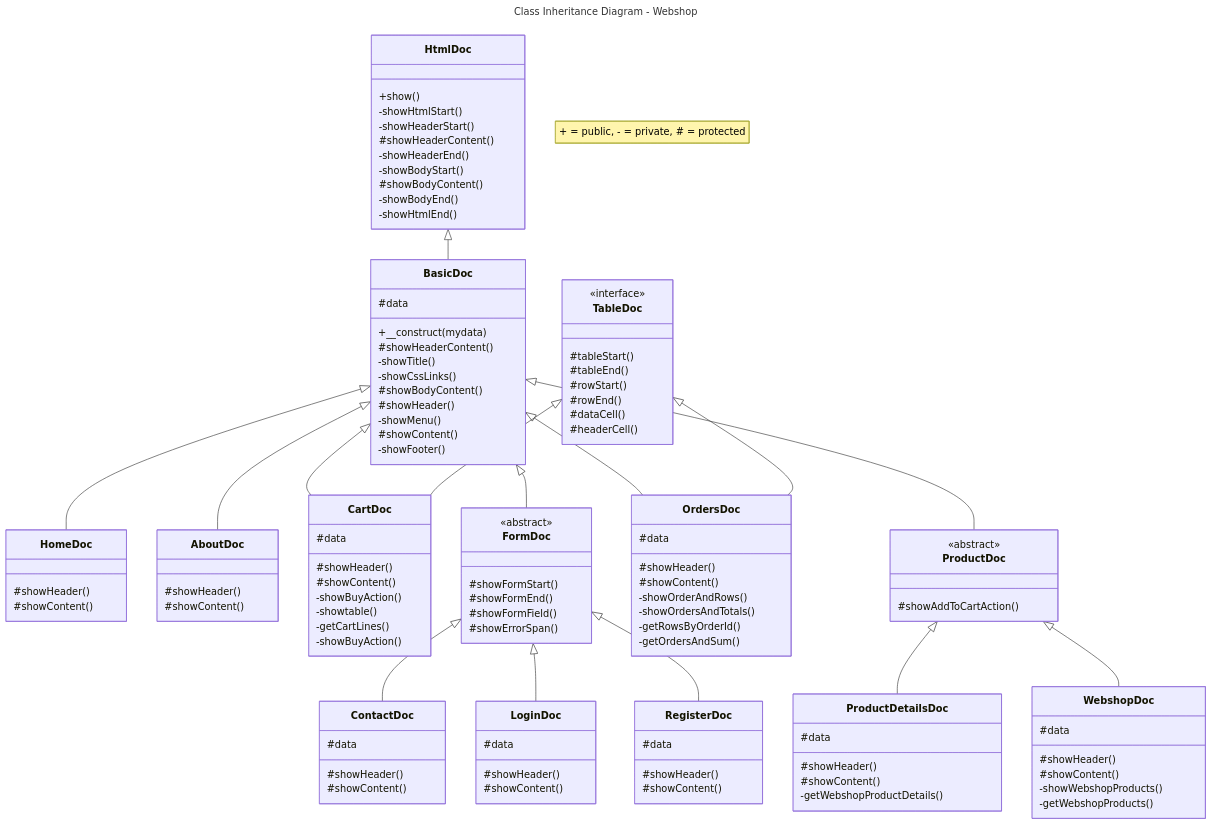
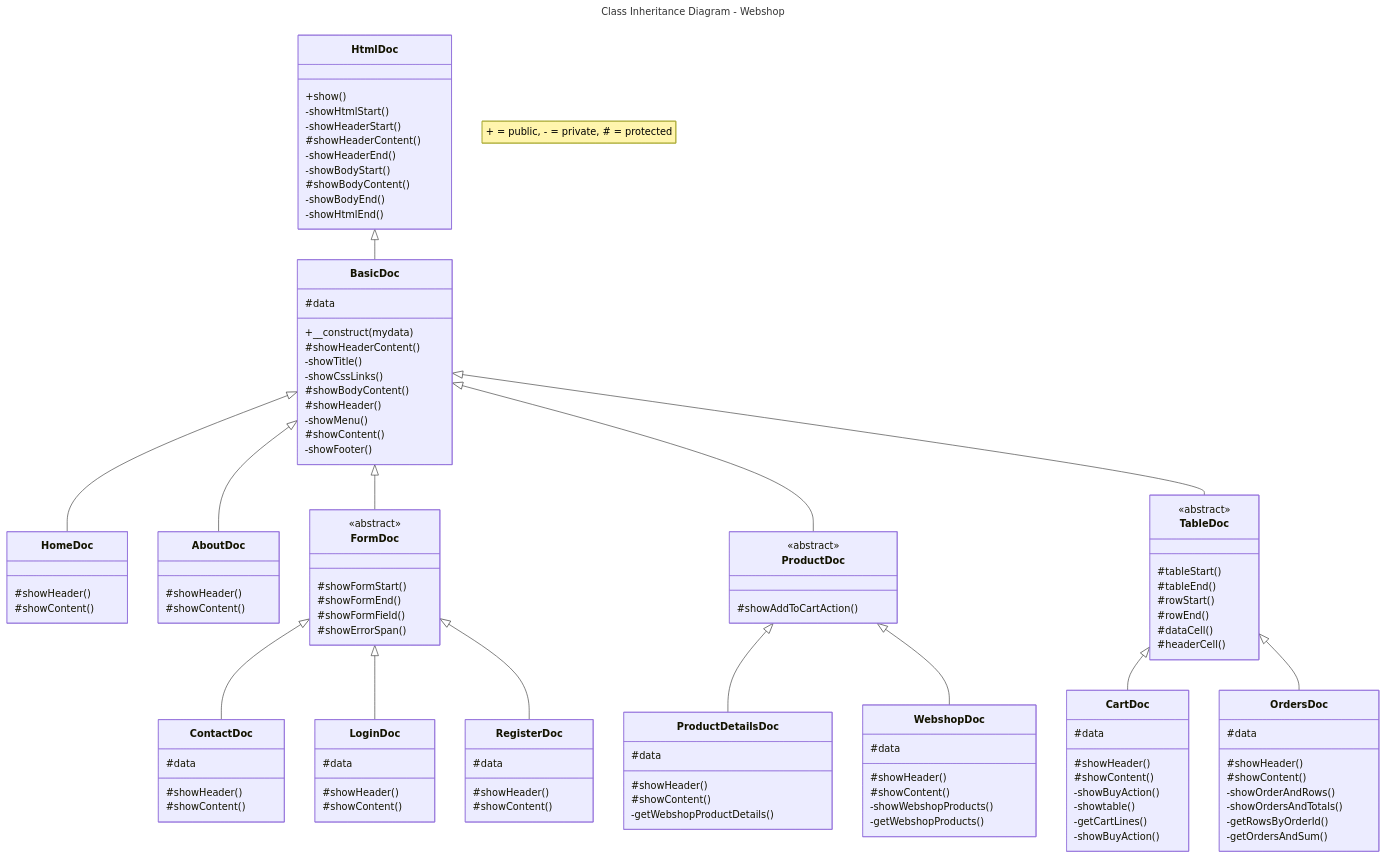
The diagram in Diagrams/class-inheritance-diagram-webshop.md (JeroenHeemskerk/educom-webshop-oop-1698314754), drawn with Mermaid before and after one commit.

Commit message:
#2 naar aanleiding van foutieve interpretatie van wat een interface doet aangepast

````diff
--- a/Diagrams/class-inheritance-diagram-webshop.md
+++ b/Diagrams/class-inheritance-diagram-webshop.md
@@ -10,10 +10,9 @@
 
     BasicDoc <|-- HomeDoc
     BasicDoc <|-- AboutDoc
-    BasicDoc <|-- CartDoc
     BasicDoc <|-- FormDoc
-    BasicDoc <|-- OrdersDoc
     BasicDoc <|-- ProductDoc
+    BasicDoc <|-- TableDoc
 
     FormDoc <|-- ContactDoc
     FormDoc <|-- LoginDoc
@@ -67,6 +66,15 @@
         <<abstract>>
         #showAddToCartAction()
     }
+    class TableDoc{
+        <<abstract>>
+        #tableStart()
+        #tableEnd()
+        #rowStart()
+        #rowEnd()
+        #dataCell()
+        #headerCell()
+    }
     class ContactDoc{
         #data
         #showHeader()
@@ -113,14 +121,5 @@
         -showWebshopProducts()
         -getWebshopProducts()
     }
-    class TableDoc{
-        <<interface>>
-        #tableStart()
-        #tableEnd()
-        #rowStart()
-        #rowEnd()
-        #dataCell()
-        #headerCell()
-    }
 
 ```
````
